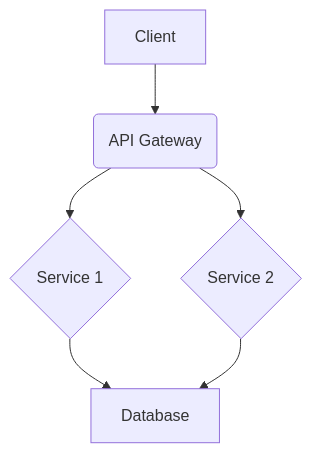
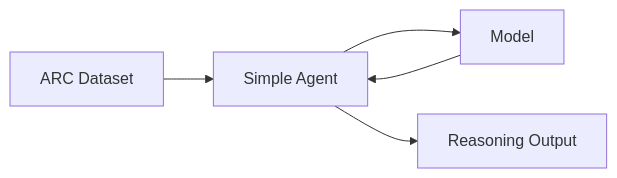
One commit to artnoage/ARC-AGI-2 changed the diagram in memory_bank/systemPatterns.md. Above: the diagram before and after it, drawn with Mermaid. The commit also changed other lines of this file and 16 other files, not shown here.

````diff
--- a/memory_bank/systemPatterns.md
+++ b/memory_bank/systemPatterns.md
@@ -7,8 +7,7 @@
-    ```mermaid
-    graph TD
-        A[Client] --> B(API Gateway);
-        B --> C{Service 1};
-        B --> D{Service 2};
-        C --> E[Database];
-        D --> E;
-    ```
+```mermaid
+graph LR
+    A[ARC Dataset] --> B[Simple Agent]
+    B --> C[Model]
+    C --> B
+    B --> D[Reasoning Output]
+```
````
